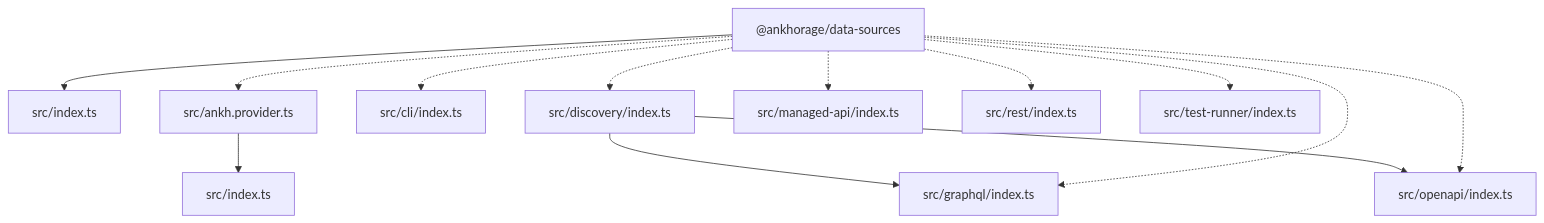
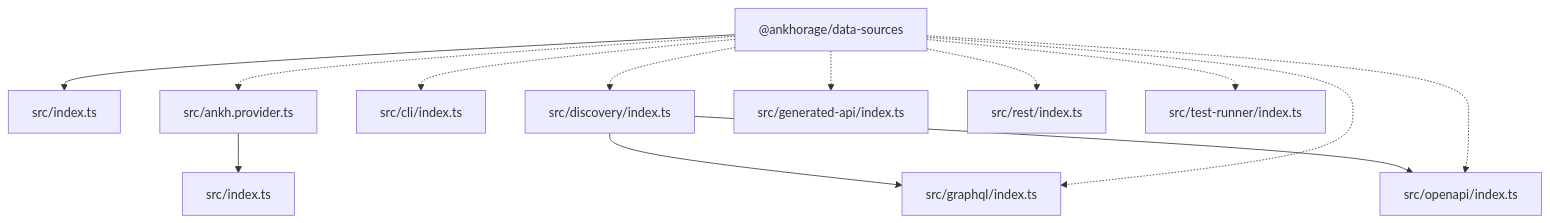
The diagram in README.md (ankhorage/data-sources), drawn with Mermaid before and after one commit. The commit also changed other lines of this file and 22 other files, not shown here.

````diff
--- a/README.md
+++ b/README.md
@@ -33,26 +33,26 @@
 ```mermaid
 graph TD
   package__ankhorage_data_sources["@ankhorage/data-sources"]
   entrypoint_src_index_ts["src/index.ts"]
   package__ankhorage_data_sources --> entrypoint_src_index_ts
   module_src_ankh_provider_ts["src/ankh.provider.ts"]
   package__ankhorage_data_sources -.-> module_src_ankh_provider_ts
   module_src_ankh_provider_ts --> module_src_index_ts
   module_src_cli_index_ts["src/cli/index.ts"]
   package__ankhorage_data_sources -.-> module_src_cli_index_ts
   module_src_discovery_index_ts["src/discovery/index.ts"]
   package__ankhorage_data_sources -.-> module_src_discovery_index_ts
   module_src_discovery_index_ts --> module_src_graphql_index_ts
   module_src_discovery_index_ts --> module_src_openapi_index_ts
+  module_src_generated_api_index_ts["src/generated-api/index.ts"]
+  package__ankhorage_data_sources -.-> module_src_generated_api_index_ts
   module_src_graphql_index_ts["src/graphql/index.ts"]
   package__ankhorage_data_sources -.-> module_src_graphql_index_ts
   module_src_index_ts["src/index.ts"]
-  module_src_managed_api_index_ts["src/managed-api/index.ts"]
-  package__ankhorage_data_sources -.-> module_src_managed_api_index_ts
   module_src_openapi_index_ts["src/openapi/index.ts"]
   package__ankhorage_data_sources -.-> module_src_openapi_index_ts
   module_src_rest_index_ts["src/rest/index.ts"]
   package__ankhorage_data_sources -.-> module_src_rest_index_ts
   module_src_test_runner_index_ts["src/test-runner/index.ts"]
   package__ankhorage_data_sources -.-> module_src_test_runner_index_ts
 ```
````
